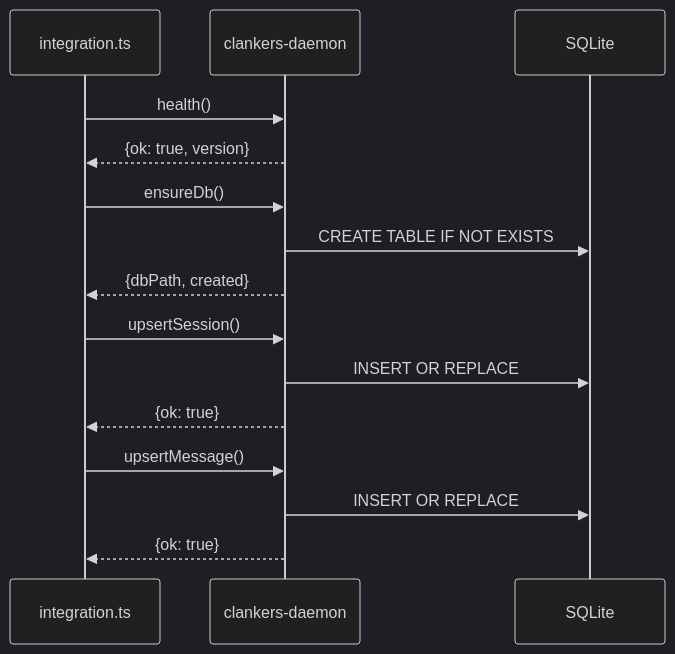
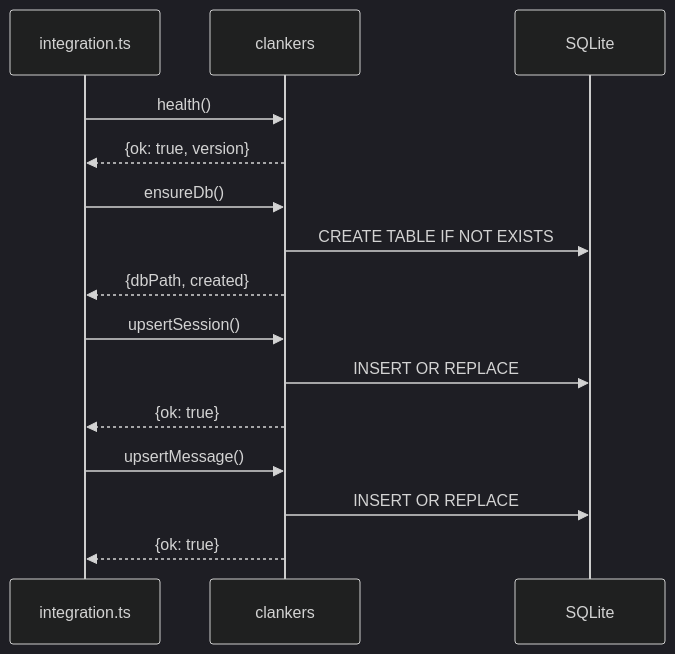
The diagram in lode/build/testing.md (dxta-dev/clankers), drawn with Mermaid (dark theme) before and after one commit. The commit also changed other lines of this file and 17 other files, not shown here.

````diff
--- a/lode/build/testing.md
+++ b/lode/build/testing.md
@@ -86,21 +86,21 @@
 ```mermaid
 sequenceDiagram
   participant Test as integration.ts
-  participant Daemon as clankers-daemon
+  participant Daemon as clankers
   participant DB as SQLite
   
   Test->>Daemon: health()
   Daemon-->>Test: {ok: true, version}
   
   Test->>Daemon: ensureDb()
   Daemon->>DB: CREATE TABLE IF NOT EXISTS
   Daemon-->>Test: {dbPath, created}
   
   Test->>Daemon: upsertSession()
   Daemon->>DB: INSERT OR REPLACE
   Daemon-->>Test: {ok: true}
   
   Test->>Daemon: upsertMessage()
   Daemon->>DB: INSERT OR REPLACE
   Daemon-->>Test: {ok: true}
 ```
````
